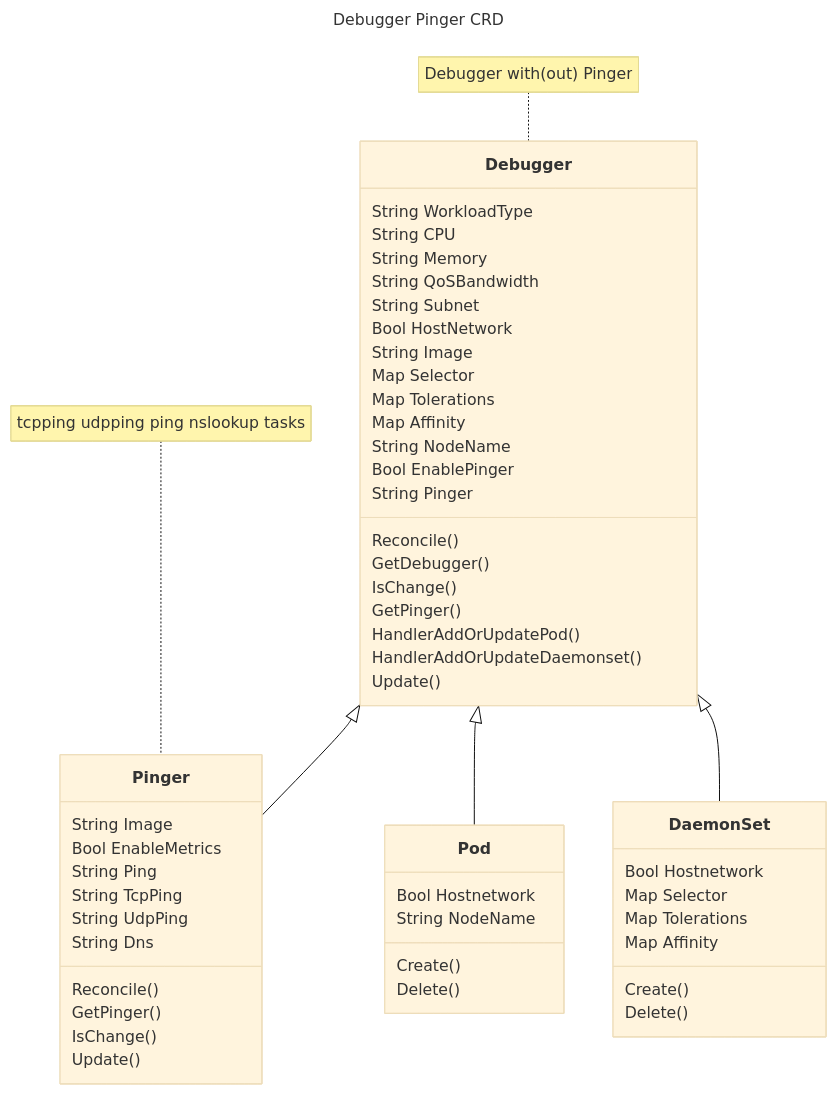
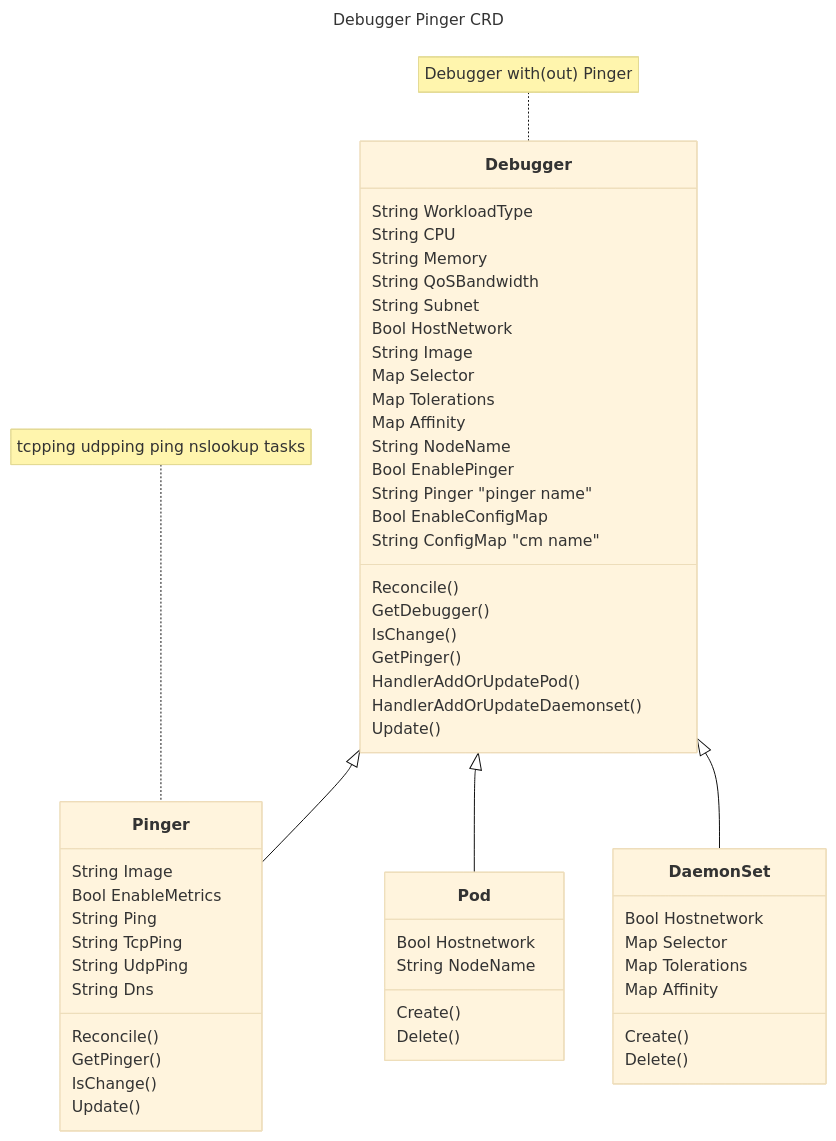
Before and after one commit to kubecombo/kube-combo: the first of 3 diagrams in docs/debugger-pinger.md, drawn with Mermaid (base theme). The commit also changed other lines of this file, not shown here.

Commit message:
add config map

````diff
--- a/docs/debugger-pinger.md
+++ b/docs/debugger-pinger.md
@@ -5,67 +5,69 @@
 ```mermaid
 ---
 title: Debugger Pinger CRD
 ---
 classDiagram
     note for Debugger "Debugger with(out) Pinger"
     Debugger <|-- Pinger
     note for Pinger "tcpping udpping ping nslookup tasks"
     Debugger <|-- Pod
     Debugger <|-- DaemonSet
 
     class Debugger {
         String WorkloadType
         String CPU
         String Memory
         String QoSBandwidth
         String Subnet
         Bool HostNetwork
         String Image
         Map Selector
         Map Tolerations
         Map Affinity
         String NodeName
         Bool EnablePinger
-        String Pinger
-
+        String Pinger "pinger name"
+        Bool EnableConfigMap
+        String ConfigMap "cm name"
+        
         Reconcile()
         GetDebugger()
         IsChange()
         GetPinger()
         HandlerAddOrUpdatePod()
         HandlerAddOrUpdateDaemonset()
         Update()
     }
     
    class Pinger {
         String Image
         Bool EnableMetrics 
         String Ping
         String TcpPing
         String UdpPing
         String Dns
         
         Reconcile()
         GetPinger()
         IsChange()
         Update()
     }
 
    class Pod {
         Bool Hostnetwork
         String NodeName
         
         Create()
         Delete()
     }
     
    class DaemonSet {
      Bool Hostnetwork
      Map Selector
      Map Tolerations
      Map Affinity
      
      Create()
      Delete()
     }
 ```
````
